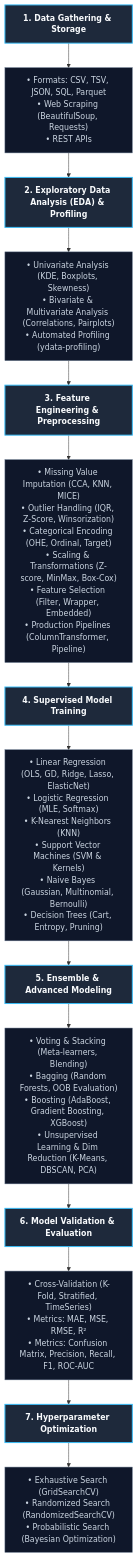
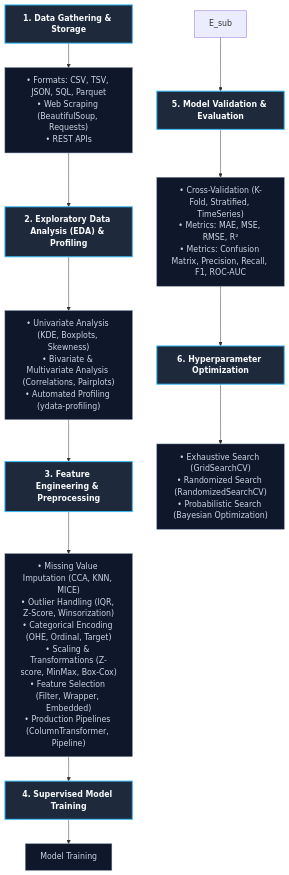
One commit to Rishabh-creator601/Machine_Learning_rock changed the diagram in readme.md. Above: the diagram before and after it, drawn with Mermaid. The commit also changed other lines of this file, not shown here.

Commit message:
readme update

````diff
--- a/readme.md
+++ b/readme.md
@@ -9,42 +9,37 @@
 ```mermaid 
 
 flowchart TD
     %% Styling
     classDef main fill:#1e293b,stroke:#38bdf8,stroke-width:2px,color:#f8fafc,font-weight:bold;
     classDef sub fill:#0f172a,stroke:#64748b,stroke-width:1px,color:#cbd5e1;
 
     %% Step 1
     A["1. Data Gathering & Storage"]:::main
     A_sub["• Formats: CSV, TSV, JSON, SQL, Parquet<br>• Web Scraping (BeautifulSoup, Requests)<br>• REST APIs"]:::sub
     A --> A_sub
 
     %% Step 2
     A_sub --> B["2. Exploratory Data Analysis (EDA) & Profiling"]:::main
     B_sub["• Univariate Analysis (KDE, Boxplots, Skewness)<br>• Bivariate & Multivariate Analysis (Correlations, Pairplots)<br>• Automated Profiling (ydata-profiling)"]:::sub
     B --> B_sub
 
     %% Step 3
     B_sub --> C["3. Feature Engineering & Preprocessing"]:::main
     C_sub["• Missing Value Imputation (CCA, KNN, MICE)<br>• Outlier Handling (IQR, Z-Score, Winsorization)<br>• Categorical Encoding (OHE, Ordinal, Target)<br>• Scaling & Transformations (Z-score, MinMax, Box-Cox)<br>• Feature Selection (Filter, Wrapper, Embedded)<br>• Production Pipelines (ColumnTransformer, Pipeline)"]:::sub
     C --> C_sub
 
     %% Step 4
     C_sub --> D["4. Supervised Model Training"]:::main
-    D_sub["• Linear Regression (OLS, GD, Ridge, Lasso, ElasticNet)<br>• Logistic Regression (MLE, Softmax)<br>• K-Nearest Neighbors (KNN)<br>• Support Vector Machines (SVM & Kernels)<br>• Naive Bayes (Gaussian, Multinomial, Bernoulli)<br>• Decision Trees (Cart, Entropy, Pruning)"]:::sub
+    D_sub["Model Training"]:::sub
     D --> D_sub
 
     %% Step 5
-    D_sub --> E["5. Ensemble & Advanced Modeling"]:::main
-    E_sub["• Voting & Stacking (Meta-learners, Blending)<br>• Bagging (Random Forests, OOB Evaluation)<br>• Boosting (AdaBoost, Gradient Boosting, XGBoost)<br>• Unsupervised Learning & Dim Reduction (K-Means, DBSCAN, PCA)"]:::sub
-    E --> E_sub
-
-    %% Step 6
-    E_sub --> F["6. Model Validation & Evaluation"]:::main
+    E_sub --> F["5. Model Validation & Evaluation"]:::main
     F_sub["• Cross-Validation (K-Fold, Stratified, TimeSeries)<br>• Metrics: MAE, MSE, RMSE, R²<br>• Metrics: Confusion Matrix, Precision, Recall, F1, ROC-AUC"]:::sub
     F --> F_sub
 
-    %% Step 7
-    F_sub --> G["7. Hyperparameter Optimization"]:::main
+    %% Step 6
+    F_sub --> G["6. Hyperparameter Optimization"]:::main
     G_sub["• Exhaustive Search (GridSearchCV)<br>• Randomized Search (RandomizedSearchCV)<br>• Probabilistic Search (Bayesian Optimization)"]:::sub
     G --> G_sub
 ```
````
